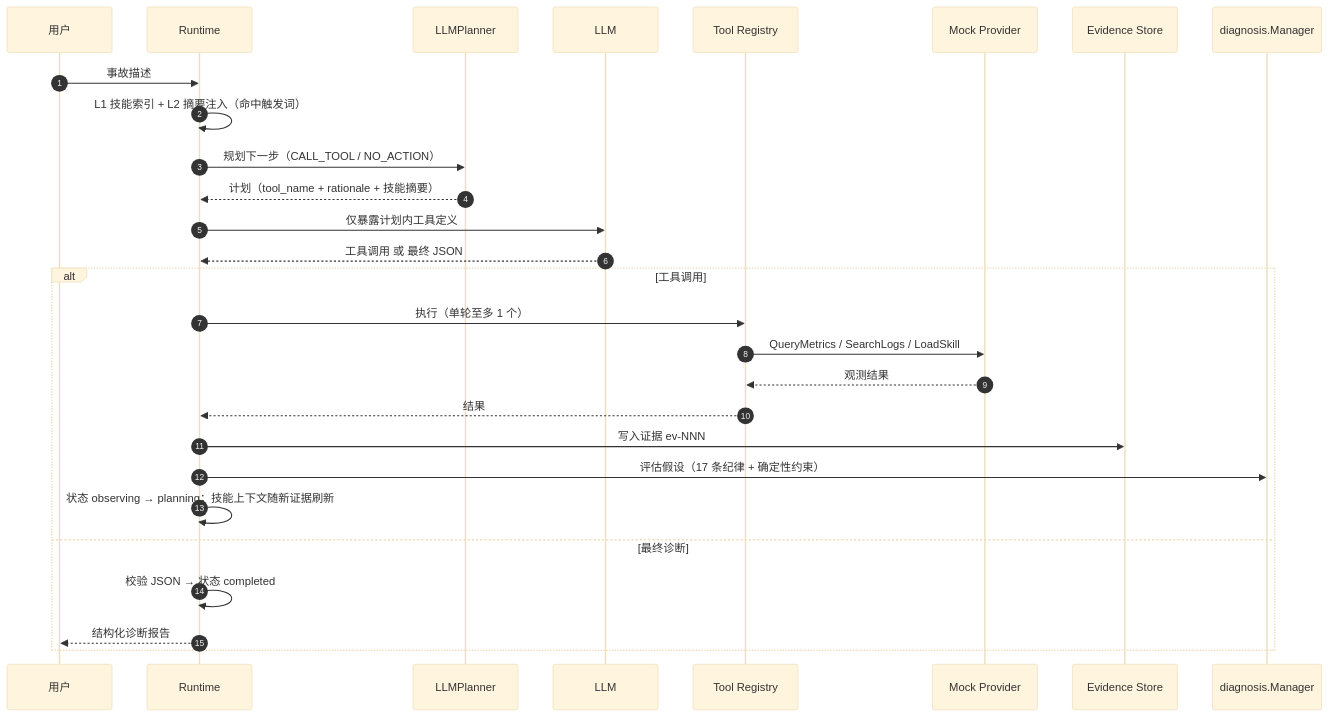
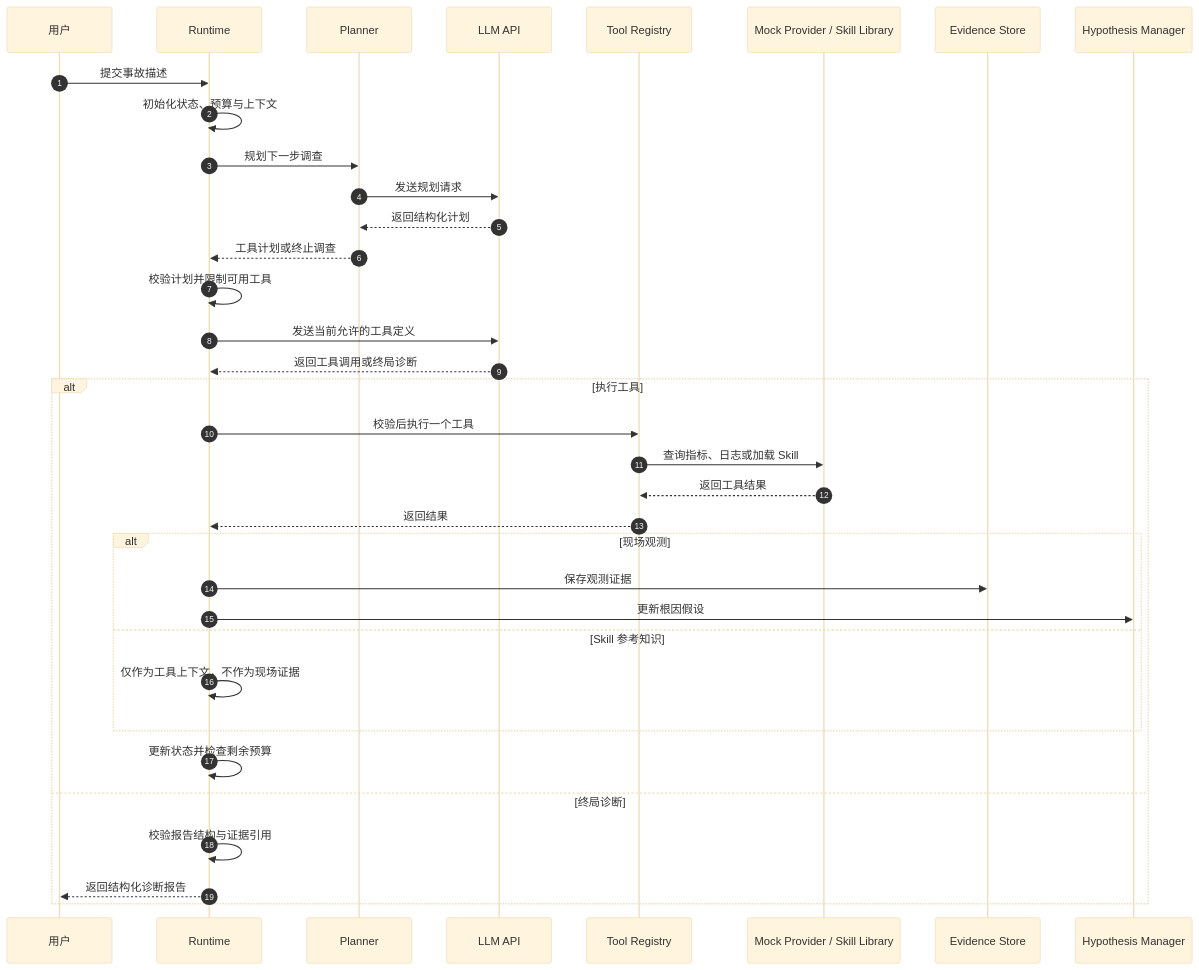
One commit to liocoder/TraceMind changed the second of 2 diagrams in README.md. Above: the diagram before and after it, drawn with Mermaid (base theme). The commit also changed other lines of this file, not shown here.

````diff
--- a/README.md
+++ b/README.md
@@ -81,32 +121,39 @@
 ```mermaid
 sequenceDiagram
     autonumber
     participant U as 用户
-    participant RT as Runtime
-    participant PL as LLMPlanner
-    participant LLM as LLM
-    participant TK as Tool Registry
-    participant DP as Mock Provider
-    participant ES as Evidence Store
-    participant DM as diagnosis.Manager
+    participant R as Runtime
+    participant P as Planner
+    participant L as LLM API
+    participant T as Tool Registry
+    participant D as Mock Provider / Skill Library
+    participant E as Evidence Store
+    participant H as Hypothesis Manager
 
-    U->>RT: 事故描述
-    RT->>RT: L1 技能索引 + L2 摘要注入（命中触发词）
-    RT->>PL: 规划下一步（CALL_TOOL / NO_ACTION）
-    PL-->>RT: 计划（tool_name + rationale + 技能摘要）
-    RT->>LLM: 仅暴露计划内工具定义
-    LLM-->>RT: 工具调用 或 最终 JSON
+    U->>R: 提交事故描述
+    R->>R: 初始化状态、预算与上下文
+    R->>P: 规划下一步调查
+    P->>L: 发送规划请求
+    L-->>P: 返回结构化计划
+    P-->>R: 工具计划或终止调查
+    R->>R: 校验计划并限制可用工具
+    R->>L: 发送当前允许的工具定义
+    L-->>R: 返回工具调用或终局诊断
 
-    alt 工具调用
-        RT->>TK: 执行（单轮至多 1 个）
-        TK->>DP: QueryMetrics / SearchLogs / LoadSkill
-        DP-->>TK: 观测结果
-        TK-->>RT: 结果
-        RT->>ES: 写入证据 ev-NNN
-        RT->>DM: 评估假设（17 条纪律 + 确定性约束）
-        RT->>RT: 状态 observing → planning；技能上下文随新证据刷新
-    else 最终诊断
-        RT->>RT: 校验 JSON → 状态 completed
-        RT-->>U: 结构化诊断报告
+    alt 执行工具
+        R->>T: 校验后执行一个工具
+        T->>D: 查询指标、日志或加载 Skill
+        D-->>T: 返回工具结果
+        T-->>R: 返回结果
+        alt 现场观测
+            R->>E: 保存观测证据
+            R->>H: 更新根因假设
+        else Skill 参考知识
+            R->>R: 仅作为工具上下文，不作为现场证据
+        end
+        R->>R: 更新状态并检查剩余预算
+    else 终局诊断
+        R->>R: 校验报告结构与证据引用
+        R-->>U: 返回结构化诊断报告
     end
 ```
````
